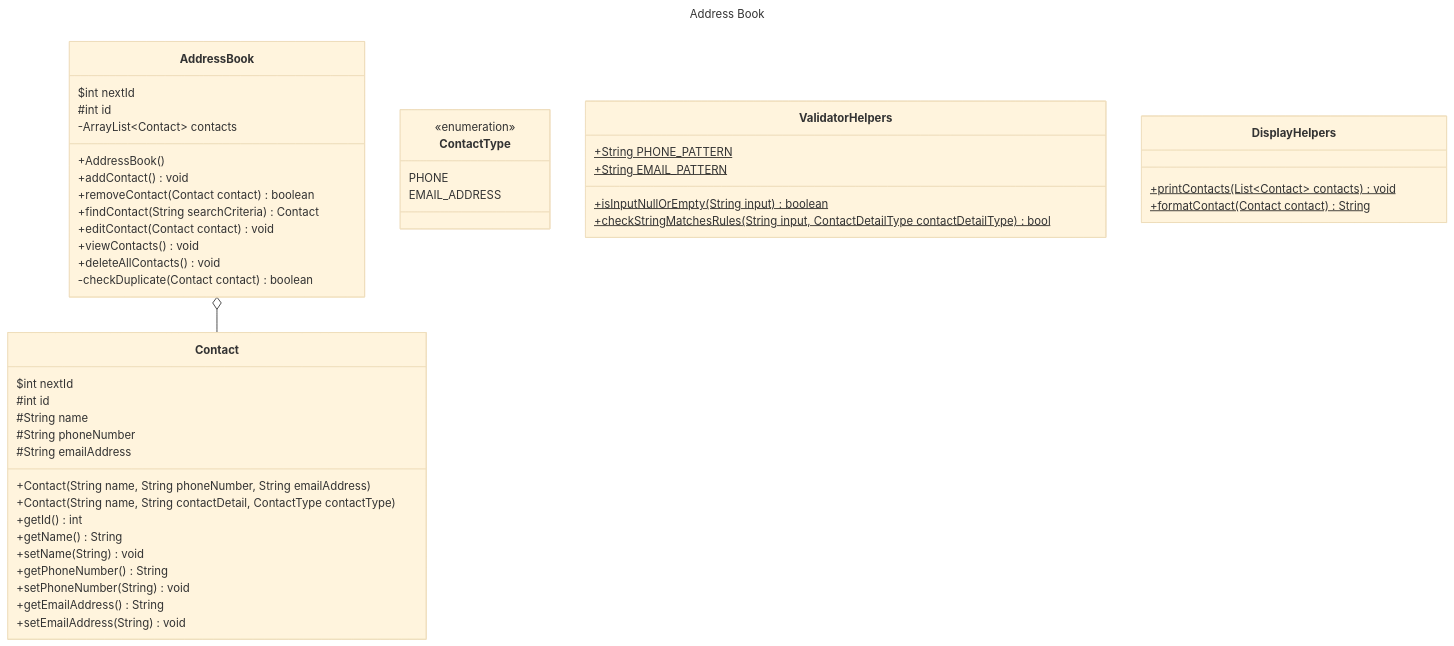
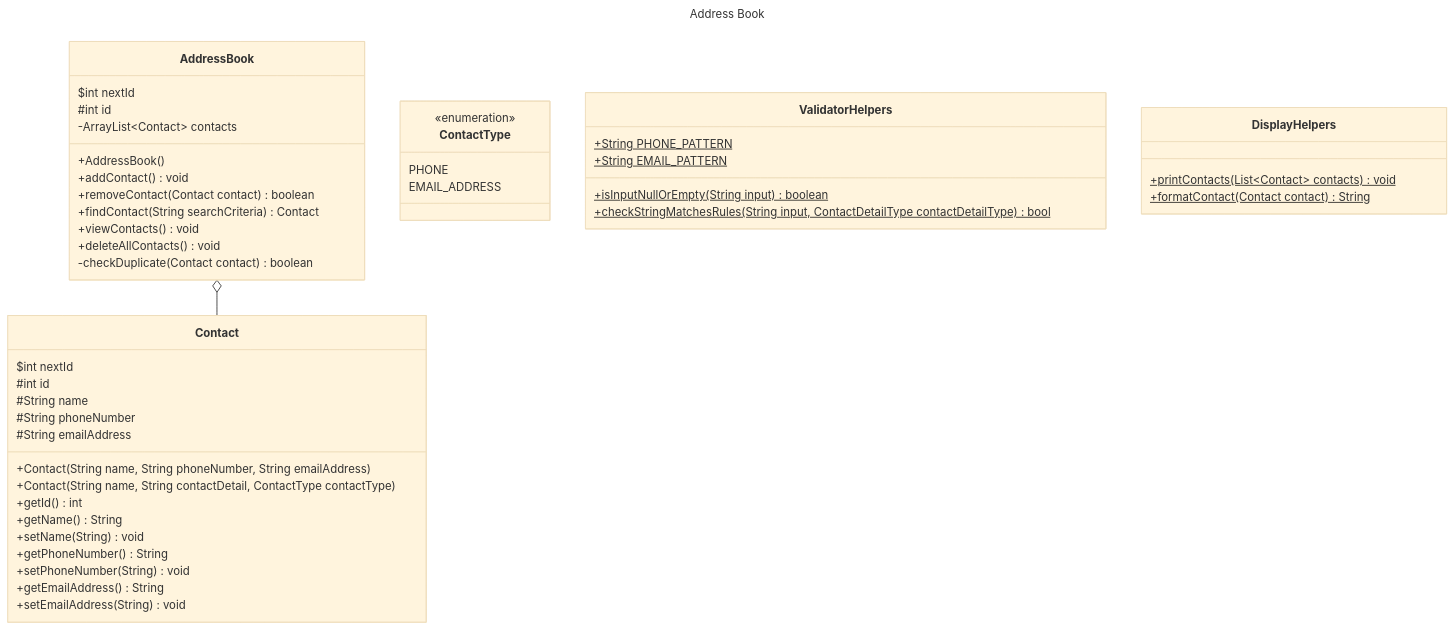
The diagram in docs/domain-models-test-plan.md (chantalsantos7/dfa-challenge-3-address-book), drawn with Mermaid (base theme) before and after one commit. The commit also changed other lines of this file and 2 other files, not shown here.

````diff
--- a/docs/domain-models-test-plan.md
+++ b/docs/domain-models-test-plan.md
@@ -30,61 +30,60 @@
 ```mermaid
 ---
 title: Address Book
 ---
 
 classDiagram
     AddressBook o-- Contact
     class AddressBook {
         $int nextId
         #int id
         -ArrayList~Contact~ contacts
         
         +AddressBook()
         +addContact() void
         +removeContact(Contact contact) boolean
         +findContact(String searchCriteria) Contact
-        +editContact(Contact contact) void
         +viewContacts() void
         +deleteAllContacts() void
         -checkDuplicate(Contact contact) boolean
     }
     
     class Contact {
         $int nextId
         #int id
         #String name
         #String phoneNumber
         #String emailAddress
         
         +Contact(String name, String phoneNumber, String emailAddress)
         +Contact(String name, String contactDetail, ContactType contactType)
         +getId() int
         +getName() String
         +setName(String) void
         +getPhoneNumber() String
         +setPhoneNumber(String) void
         +getEmailAddress() String
         +setEmailAddress(String) void
 %%        -validatePhoneNumber(String phoneNumber) boolean
 %%        -validateEmailAddress(String emailAddress) boolean
     }
     
     class ContactType {
         <<enumeration>>
         PHONE
         EMAIL_ADDRESS
     }
     
     class ValidatorHelpers {
         +String PHONE_PATTERN$
         +String EMAIL_PATTERN$
         
         +isInputNullOrEmpty(String input) boolean$
         +checkStringMatchesRules(String input, ContactDetailType contactDetailType) bool$
     }
     
     class DisplayHelpers {
         +printContacts(List~Contact~ contacts) void$
         +formatContact(Contact contact) String$
     }
 ```
````
